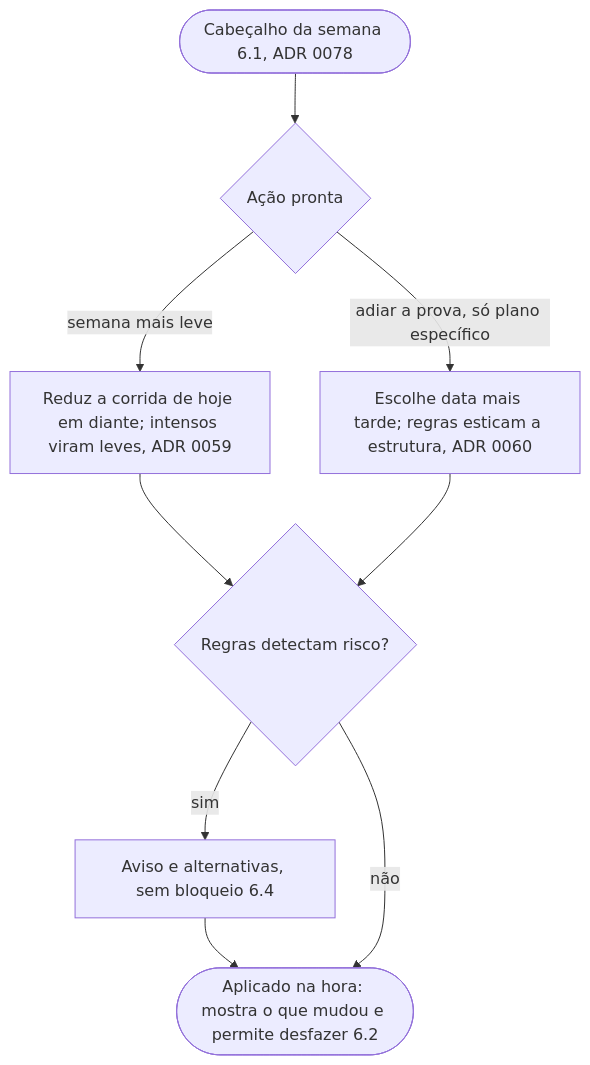
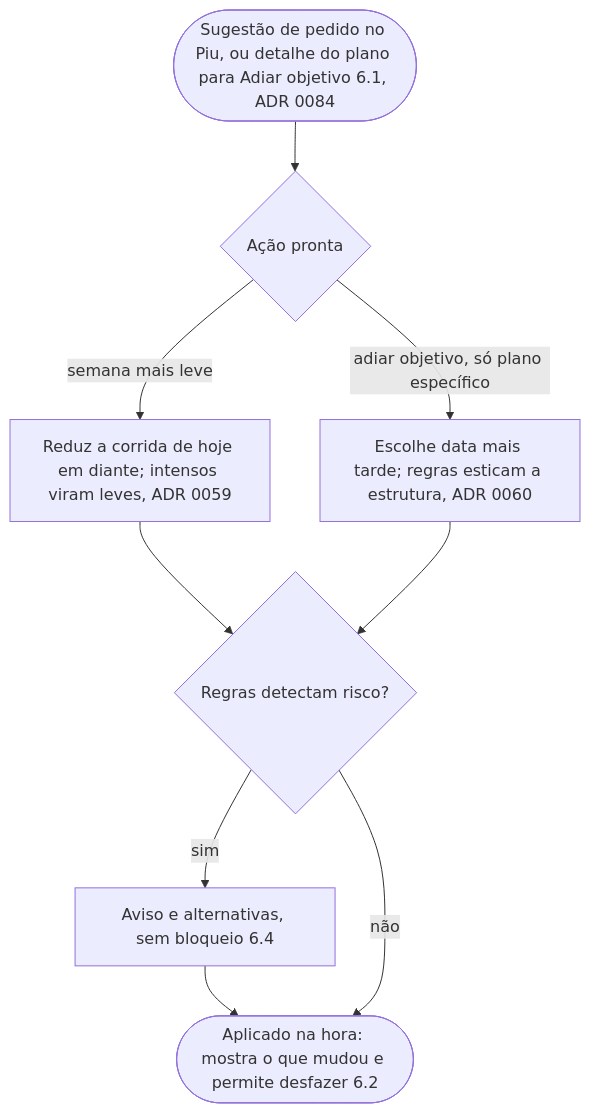
Before and after one commit to cruzvini/app-corrida: the ninth of 11 diagrams in docs/fluxos.md, drawn with Mermaid. The commit also changed 9 other files, not shown here.

First line of the commit message:
docs: ADRs 0081 a 0084 - tela inicial do Plano, fases, detalhe do plano e sugestões ao Piu

````diff
--- a/docs/fluxos.md
+++ b/docs/fluxos.md
@@ -228,10 +228,10 @@
 ```mermaid
 flowchart TD
-  A([Cabeçalho da semana 6.1, ADR 0078]) --> B{Ação pronta}
+  A([Sugestão de pedido no Piu, ou detalhe do plano para Adiar objetivo 6.1, ADR 0084]) --> B{Ação pronta}
   B -- semana mais leve --> L[Reduz a corrida de hoje em diante; intensos viram leves, ADR 0059] --> R
-  B -- adiar a prova, só plano específico --> AD[Escolhe data mais tarde; regras esticam a estrutura, ADR 0060] --> R
+  B -- adiar objetivo, só plano específico --> AD[Escolhe data mais tarde; regras esticam a estrutura, ADR 0060] --> R
   R{Regras detectam risco?}
   R -- sim --> R1[Aviso e alternativas, sem bloqueio 6.4] --> N
   R -- não --> N
   N([Aplicado na hora: mostra o que mudou e permite desfazer 6.2])
 ```
````
